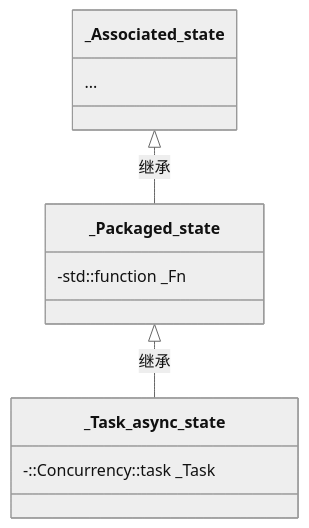
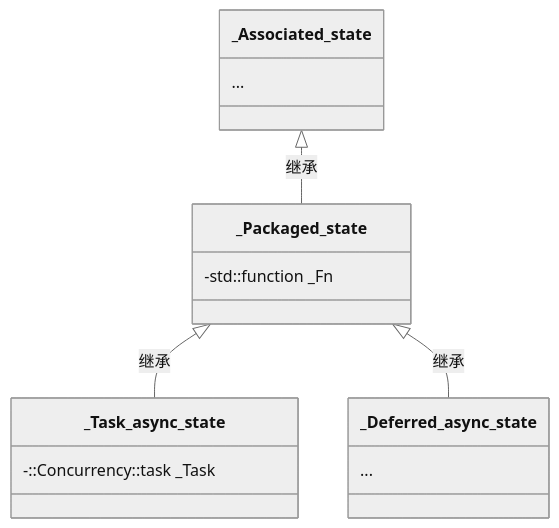
Before and after one commit to Mq-b/ModernCpp-ConcurrentProgramming-Tutorial: the diagram in md/详细分析/03async与future源码解析.md, drawn with Mermaid (neutral theme). The commit also changed other lines of this file, not shown here.

Commit message:
修改 async 源码解析内容，将 _Task_async_state 与 _Deferred_async_state 一起描述，进行补充。 修改  mermaid 继承图，加入 _Deferred_async_state

````diff
--- a/md/详细分析/03async与future源码解析.md
+++ b/md/详细分析/03async与future源码解析.md
@@ -297,18 +299,23 @@
    ```mermaid
    classDiagram
        class _Associated_state {
            ...
        }
    
        class _Packaged_state {
            -std::function _Fn
        }
    
        class _Task_async_state {
            -::Concurrency::task<void> _Task
        }
    
+       class _Deferred_async_state {
+           ...
+       }
+   
        _Associated_state <|-- _Packaged_state : 继承
        _Packaged_state <|-- _Task_async_state : 继承
+       _Packaged_state <|-- _Deferred_async_state : 继承
    
    ```
````
